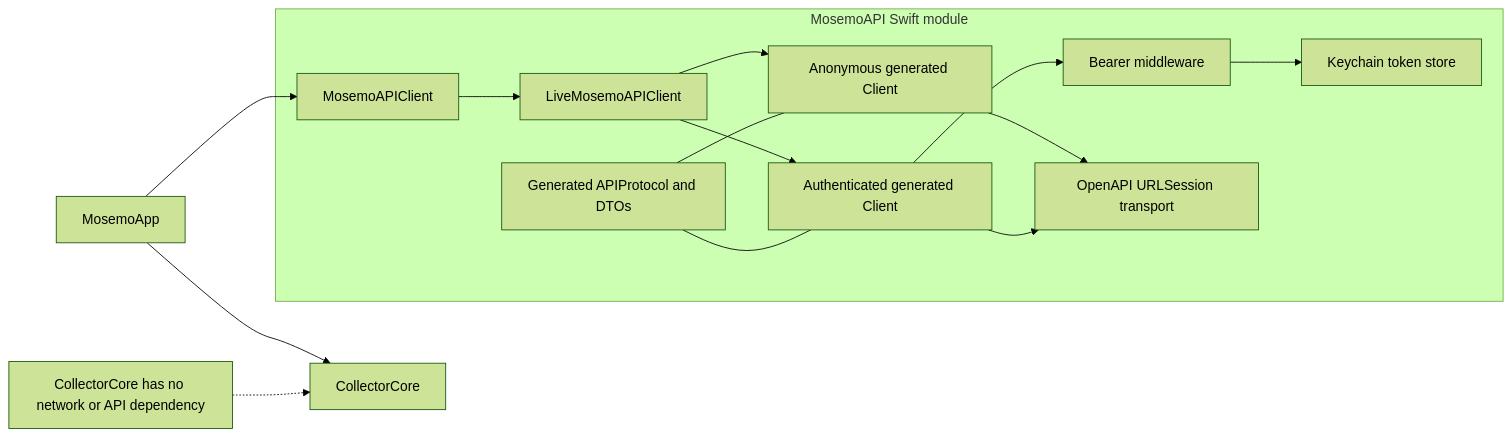
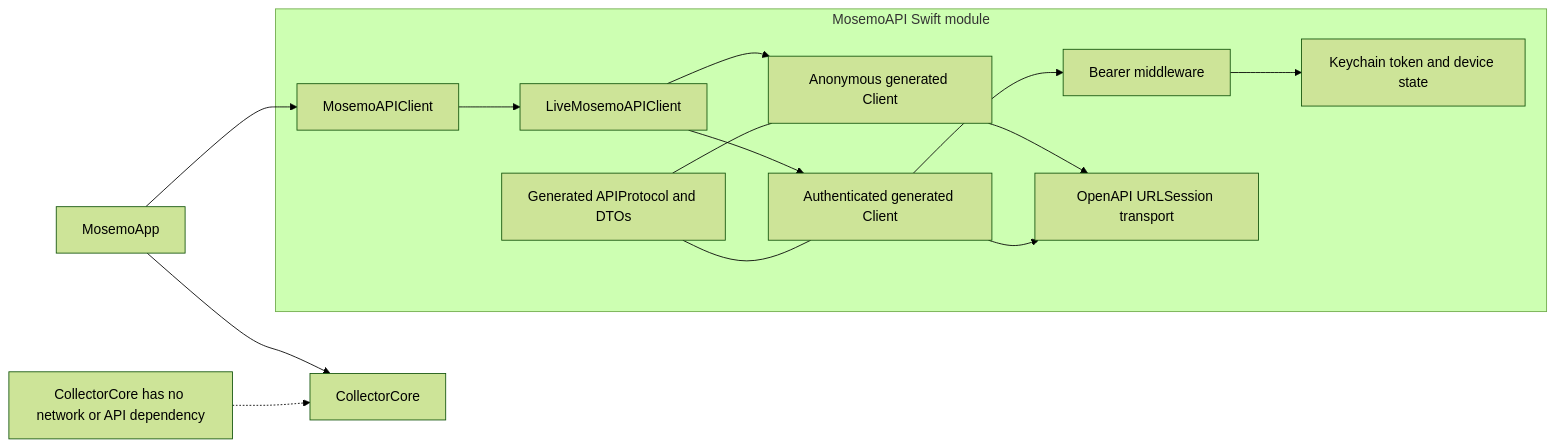
Before and after one commit to jolvy/mosemo-macos: the first of 2 diagrams in docs/OPENAPI_AUTH_ARCHITECTURE.md, drawn with Mermaid (forest theme). The commit also changed other lines of this file and 3 other files, not shown here.

````diff
--- a/docs/OPENAPI_AUTH_ARCHITECTURE.md
+++ b/docs/OPENAPI_AUTH_ARCHITECTURE.md
@@ -27,19 +27,19 @@
 ```mermaid
 flowchart LR
     App[MosemoApp] --> Core[CollectorCore]
     App --> PublicAPI[MosemoAPIClient]
 
     subgraph API[MosemoAPI Swift module]
         PublicAPI --> Live[LiveMosemoAPIClient]
         Live --> Anonymous[Anonymous generated Client]
         Live --> Authenticated[Authenticated generated Client]
         Authenticated --> Middleware[Bearer middleware]
-        Middleware --> Keychain[Keychain token store]
+        Middleware --> Keychain[Keychain token and device state]
         Anonymous --> Transport[OpenAPI URLSession transport]
         Authenticated --> Transport
         Generated[Generated APIProtocol and DTOs] --- Anonymous
         Generated --- Authenticated
     end
 
     Boundary[CollectorCore has no network or API dependency] -.-> Core
 ```
````
